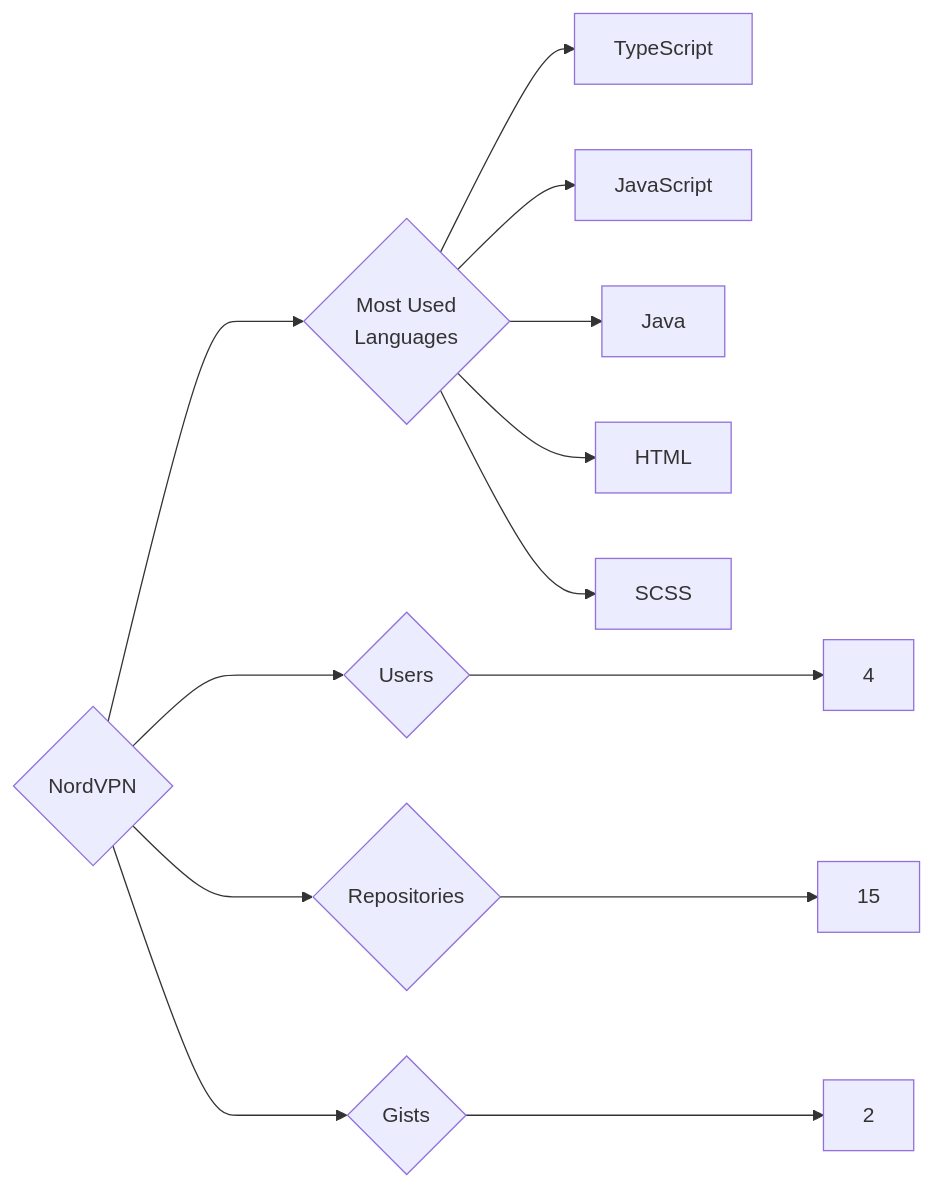
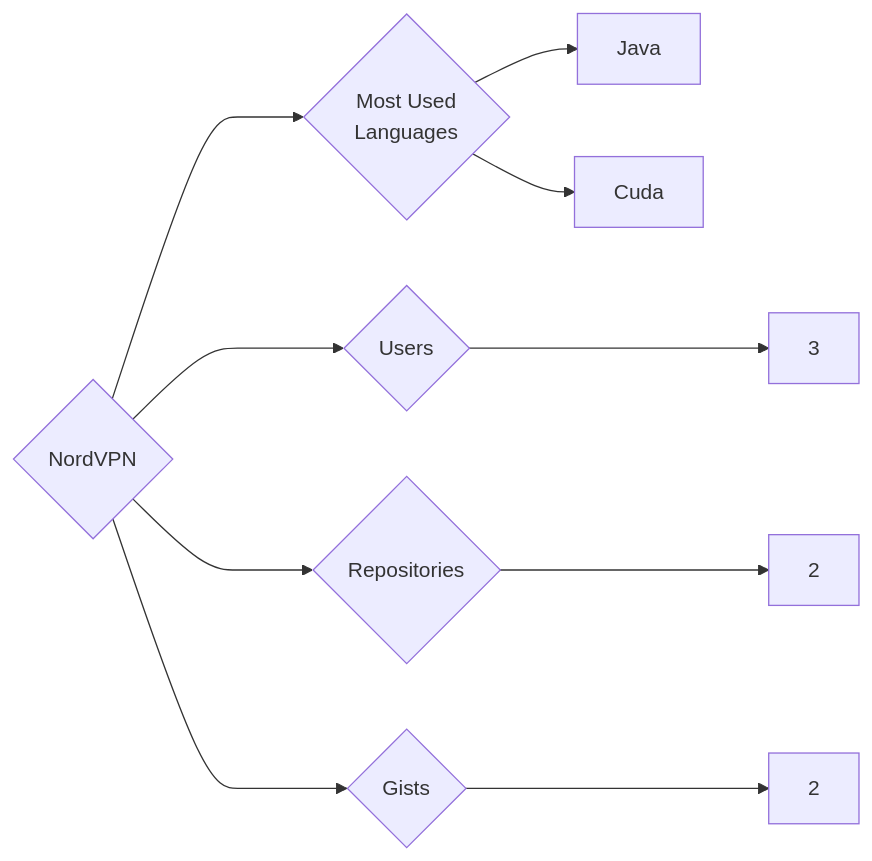
Before and after one commit to trickest/insiders: the diagram in targets/NordVPN/README.md, drawn with Mermaid. The commit also changed 1508 other files, not shown here.

````diff
--- a/targets/NordVPN/README.md
+++ b/targets/NordVPN/README.md
@@ -3,13 +3,10 @@
 ```mermaid
 graph LR
 COMPANY_NAME{NordVPN}
-COMPANY_NAME ---> U{Users} ---> UN[4]
-COMPANY_NAME ---> R{Repositories} ---> RN[15]
+COMPANY_NAME ---> U{Users} ---> UN[3]
+COMPANY_NAME ---> R{Repositories} ---> RN[2]
 COMPANY_NAME ---> G{Gists} ---> GN[2]
 COMPANY_NAME ---> ML{Most Used<br>Languages}
-ML --> TypeScript[TypeScript]
-ML --> JavaScript[JavaScript]
 ML --> Java[Java]
-ML --> HTML[HTML]
-ML --> SCSS[SCSS]
+ML --> Cuda[Cuda]
 ```
````
